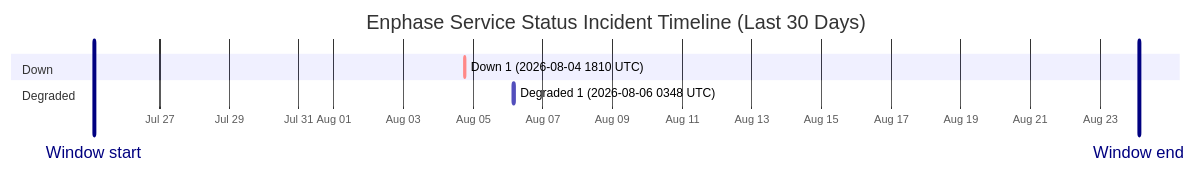
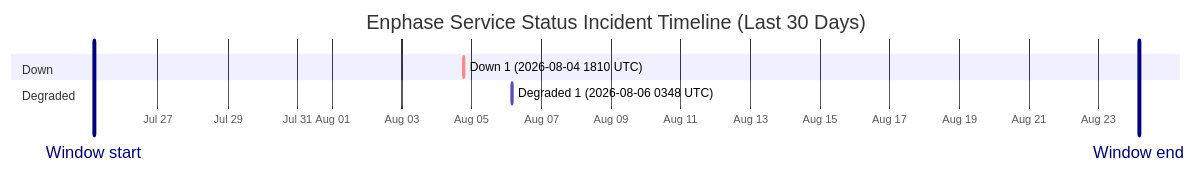
The diagram in wiki/Service-Status-History.md (barneyonline/ha-enphase-energy), drawn with Mermaid before and after one commit. The commit also changed other lines of this file and 3 other files, not shown here.

````diff
--- a/wiki/Service-Status-History.md
+++ b/wiki/Service-Status-History.md
@@ -14,12 +14,12 @@
 ```mermaid
 gantt
     title Enphase Service Status Incident Timeline (Last 30 Days)
     dateFormat  YYYY-MM-DDTHH:mm:ss
     axisFormat  %b %d
-    Window start :vert, window-start, 2026-07-25T02:43:54, 0ms
-    Window end :vert, window-end, 2026-08-24T02:43:54, 0ms
+    Window start :vert, window-start, 2026-07-25T03:52:30, 0ms
+    Window end :vert, window-end, 2026-08-24T03:52:30, 0ms
     section Down
     Down 1 (2026-08-04 1810 UTC) :crit, down-1, 2026-08-04T18:10:46, 60m
     section Degraded
     Degraded 1 (2026-08-06 0348 UTC) :active, degraded-1, 2026-08-06T03:48:14, 60m
 ```
````
